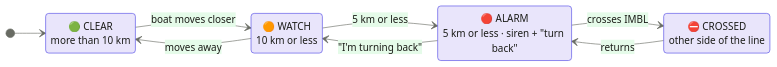
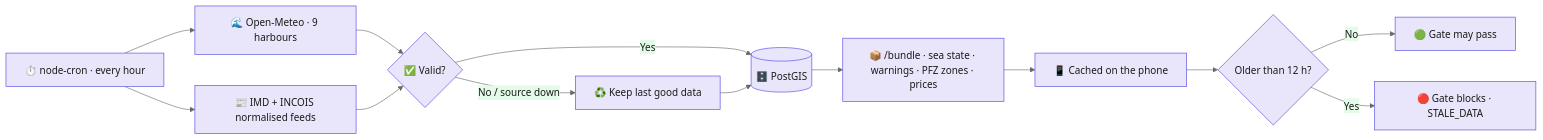
Before and after one commit to TIRTHPATEL3086/ORCA: the fifth of 5 diagrams in README.md, drawn with Mermaid. The commit also changed other lines of this file, not shown here.

````diff
--- a/README.md
+++ b/README.md
@@ -404,16 +248,15 @@
 ```mermaid
 %%{init: {'theme':'base','themeVariables':{'fontFamily':'Inter, Segoe UI, sans-serif','primaryColor':'#E9E5FB','primaryTextColor':'#1B1C18','primaryBorderColor':'#4F46E5','lineColor':'#686B63'}}}%%
-stateDiagram-v2
-    direction LR
-    CLEAR: 🟢 CLEAR<br/>more than 10 km
-    WATCH: 🟠 WATCH<br/>10 km or less
-    ALARM: 🔴 ALARM<br/>5 km or less · siren + "turn back"
-    CROSSED: ⛔ CROSSED<br/>other side of the line
-    [*] --> CLEAR
-    CLEAR --> WATCH: boat moves closer
-    WATCH --> ALARM: 5 km or less
-    ALARM --> CROSSED: crosses IMBL
-    ALARM --> WATCH: "I'm turning back"
-    WATCH --> CLEAR: moves away
-    CROSSED --> ALARM: returns
+graph LR
+    A[⏱️ node-cron · every hour] --> B[🌊 Open-Meteo · 9 harbours]
+    A --> C[📰 IMD + INCOIS normalised feeds]
+    B & C --> D{✅ Valid?}
+    D -->|Yes| E[(🗄️ PostGIS)]
+    D -->|No / source down| F[♻️ Keep last good data]
+    F --> E
+    E --> G[📦 /bundle · sea state · warnings · PFZ zones · prices]
+    G --> H[📱 Cached on the phone]
+    H --> I{Older than 12 h?}
+    I -->|No| J[🟢 Gate may pass]
+    I -->|Yes| K[🔴 Gate blocks · STALE_DATA]
 ```
````
